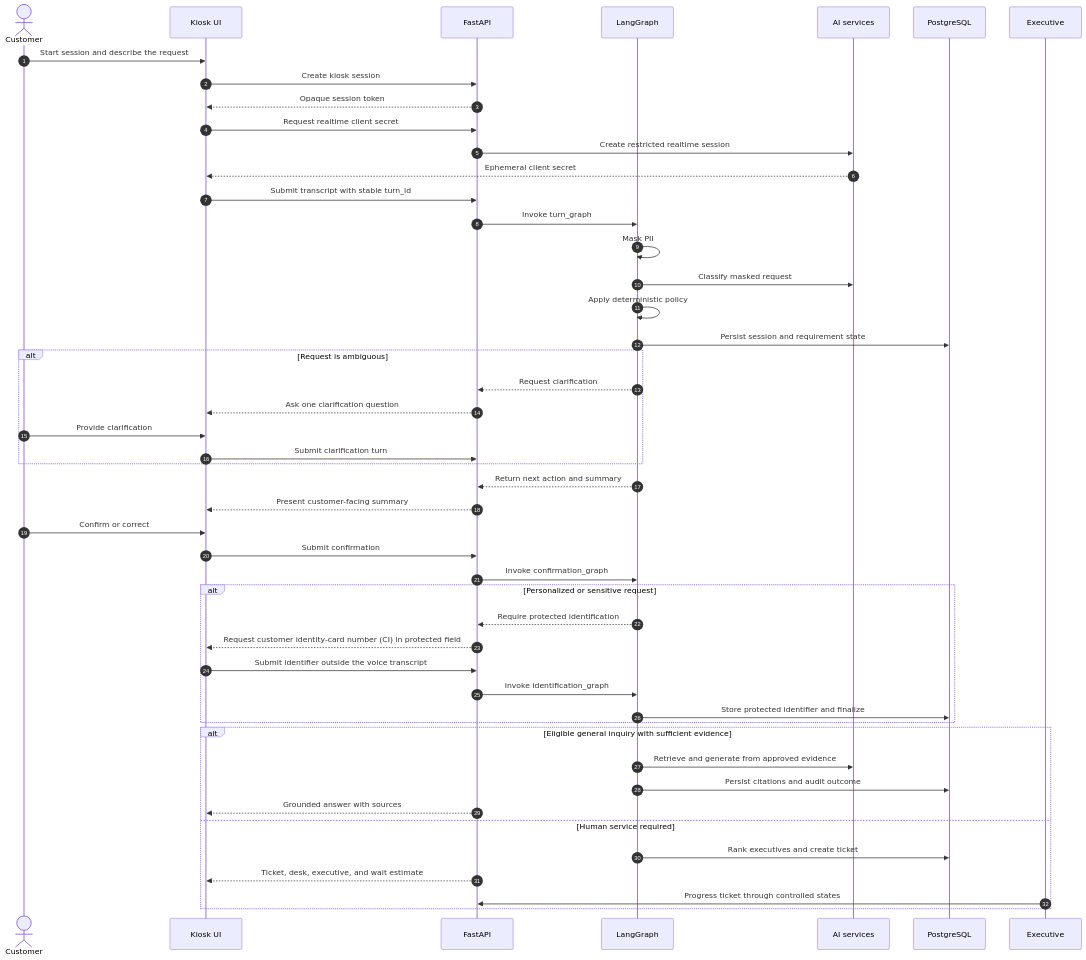
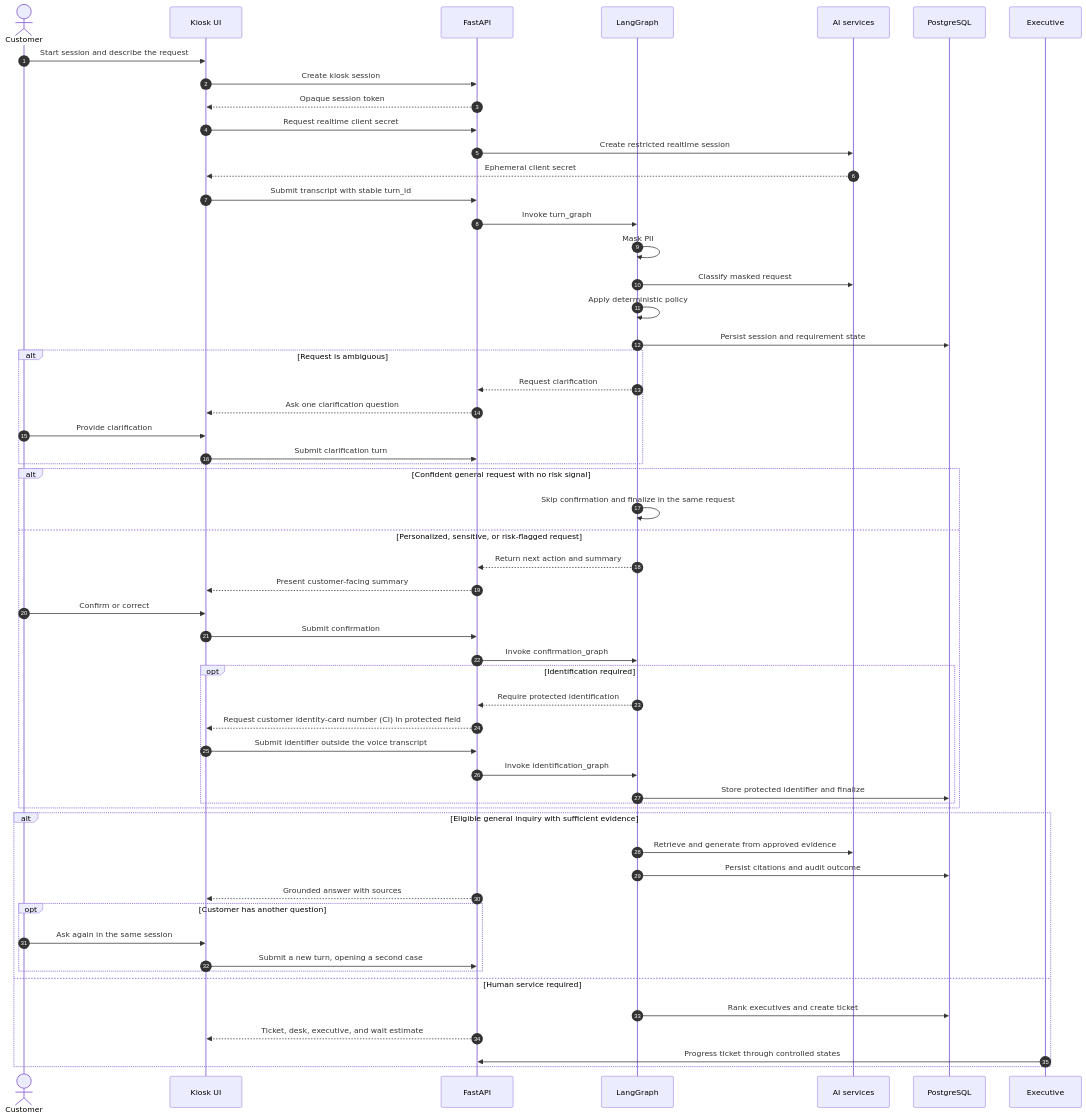
The third of 10 diagrams in README.md (ChristianMendozaa/banking-orchestration-system), drawn with Mermaid before and after one commit. The commit also changed other lines of this file and 5 other files, not shown here.

````diff
--- a/README.md
+++ b/README.md
@@ -119,56 +125,63 @@
 ```mermaid
 sequenceDiagram
     autonumber
     actor Customer
     participant UI as Kiosk UI
     participant API as FastAPI
     participant Graph as LangGraph
     participant AI as AI services
     participant DB as PostgreSQL
     participant Exec as Executive
 
     Customer->>UI: Start session and describe the request
     UI->>API: Create kiosk session
     API-->>UI: Opaque session token
     UI->>API: Request realtime client secret
     API->>AI: Create restricted realtime session
     AI-->>UI: Ephemeral client secret
 
     UI->>API: Submit transcript with stable turn_id
     API->>Graph: Invoke turn_graph
     Graph->>Graph: Mask PII
     Graph->>AI: Classify masked request
     Graph->>Graph: Apply deterministic policy
     Graph->>DB: Persist session and requirement state
 
     alt Request is ambiguous
         Graph-->>API: Request clarification
         API-->>UI: Ask one clarification question
         Customer->>UI: Provide clarification
         UI->>API: Submit clarification turn
     end
 
-    Graph-->>API: Return next action and summary
-    API-->>UI: Present customer-facing summary
-    Customer->>UI: Confirm or correct
-    UI->>API: Submit confirmation
-    API->>Graph: Invoke confirmation_graph
-
-    alt Personalized or sensitive request
-        Graph-->>API: Require protected identification
-        API-->>UI: Request customer identity-card number (CI) in protected field
-        UI->>API: Submit identifier outside the voice transcript
-        API->>Graph: Invoke identification_graph
-        Graph->>DB: Store protected identifier and finalize
+    alt Confident general request with no risk signal
+        Graph->>Graph: Skip confirmation and finalize in the same request
+    else Personalized, sensitive, or risk-flagged request
+        Graph-->>API: Return next action and summary
+        API-->>UI: Present customer-facing summary
+        Customer->>UI: Confirm or correct
+        UI->>API: Submit confirmation
+        API->>Graph: Invoke confirmation_graph
+        opt Identification required
+            Graph-->>API: Require protected identification
+            API-->>UI: Request customer identity-card number (CI) in protected field
+            UI->>API: Submit identifier outside the voice transcript
+            API->>Graph: Invoke identification_graph
+            Graph->>DB: Store protected identifier and finalize
+        end
     end
 
     alt Eligible general inquiry with sufficient evidence
         Graph->>AI: Retrieve and generate from approved evidence
         Graph->>DB: Persist citations and audit outcome
         API-->>UI: Grounded answer with sources
+        opt Customer has another question
+            Customer->>UI: Ask again in the same session
+            UI->>API: Submit a new turn, opening a second case
+        end
     else Human service required
         Graph->>DB: Rank executives and create ticket
         API-->>UI: Ticket, desk, executive, and wait estimate
         Exec->>API: Progress ticket through controlled states
     end
 ```
````
